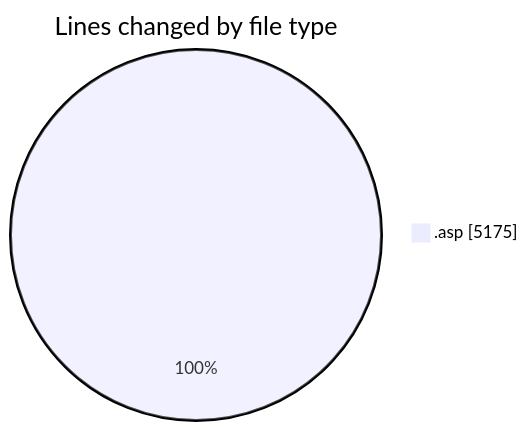
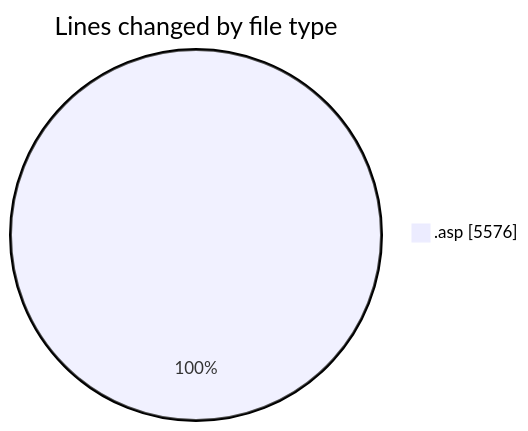
The first of 2 diagrams in 2025-11-10/cdp_aleoudev_fr__workspace_/README.md (julien-gomy/code-tracking), drawn with Mermaid before and after one commit. The commit also changed other lines of this file and 1 other file, not shown here.

````diff
--- a/2025-11-10/cdp_aleoudev_fr__workspace_/README.md
+++ b/2025-11-10/cdp_aleoudev_fr__workspace_/README.md
@@ -33,5 +34,5 @@
 ```mermaid
 pie showData
 title Lines changed by file type
-".asp" : 5175
+".asp" : 5576
 ```
````
